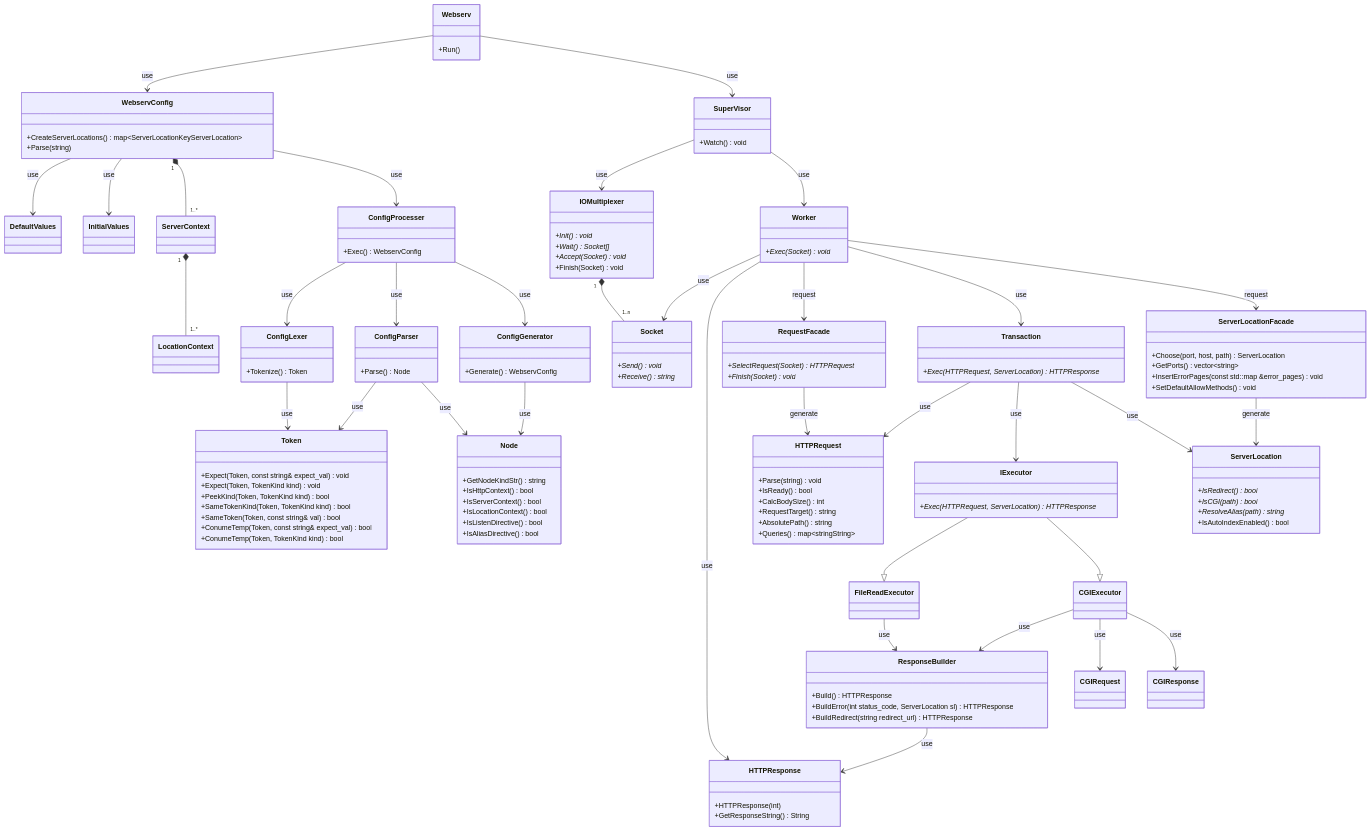
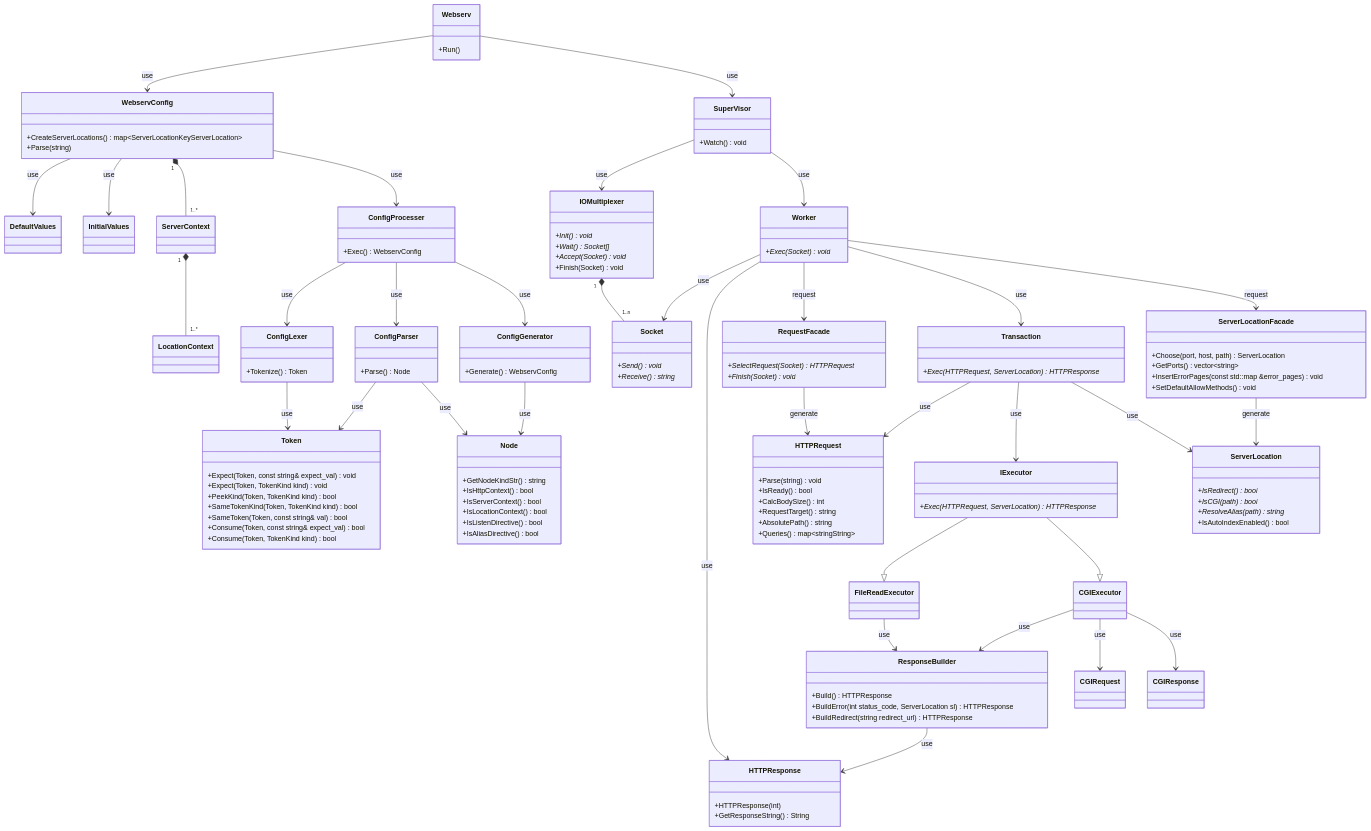
One commit to katataku/webserv changed the diagram in docs/class/all.md. Above: the diagram before and after it, drawn with Mermaid. The commit also changed 4 other files, not shown here.

```diff
--- a/docs/class/all.md
+++ b/docs/class/all.md
@@ -71,8 +71,8 @@
           +PeekKind(Token, TokenKind kind) bool
           +SameTokenKind(Token, TokenKind kind) bool
           +SameToken(Token, const string& val) bool
-          +ConumeTemp(Token, const string& expect_val) bool
-          +ConumeTemp(Token, TokenKind kind) bool
+          +Consume(Token, const string& expect_val) bool
+          +Consume(Token, TokenKind kind) bool
     }
 
     class Node {
```
